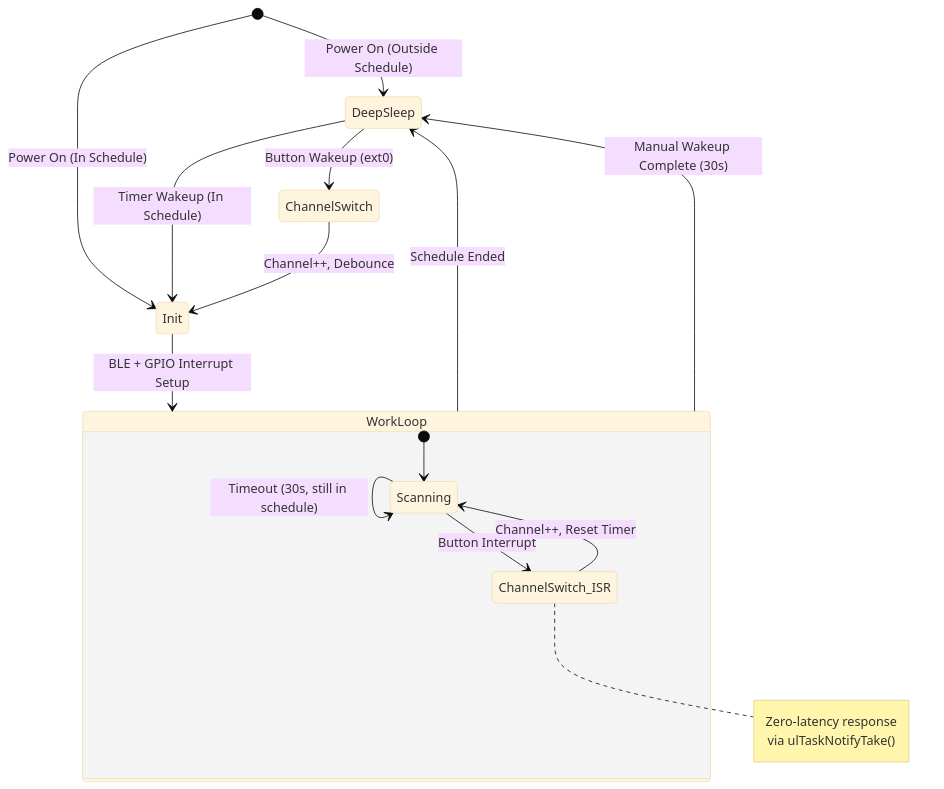
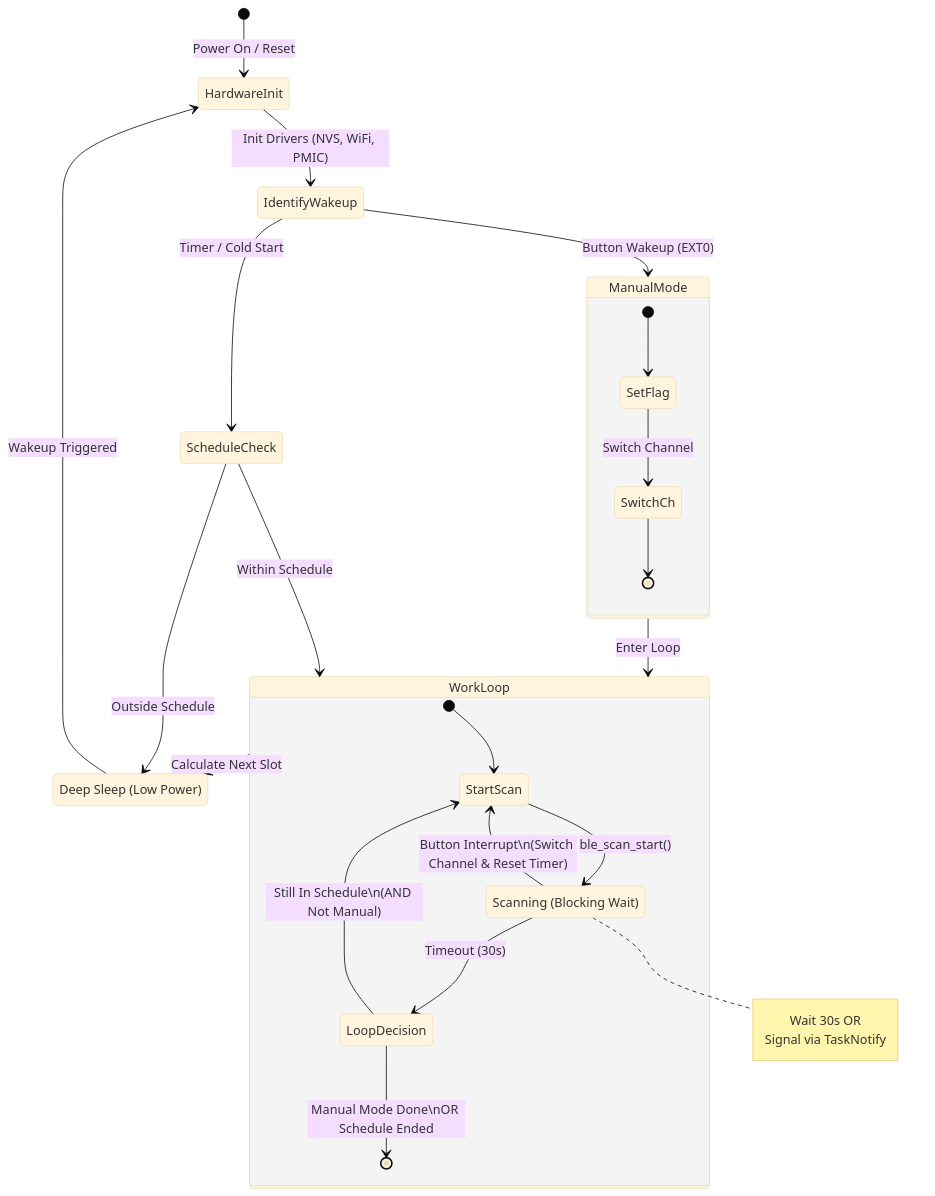
One commit to Chigz114/my-portfolio changed the second of 4 diagrams in content/blog/ESP32/1.software-architecture.md. Above: the diagram before and after it, drawn with Mermaid (base theme).

Commit message:
modify something

````diff
--- a/content/blog/ESP32/1.software-architecture.md
+++ b/content/blog/ESP32/1.software-architecture.md
@@ -48,27 +48,45 @@
 ```mermaid
 stateDiagram-v2
-    [*] --> DeepSleep: Power On (Outside Schedule)
-    [*] --> Init: Power On (In Schedule)
+    [*] --> HardwareInit: Power On / Reset
+
+    state "Deep Sleep (Low Power)" as DeepSleep
     
-    DeepSleep --> Init: Timer Wakeup (In Schedule)
-    DeepSleep --> ChannelSwitch: Button Wakeup (ext0)
+    HardwareInit --> IdentifyWakeup: Init Drivers (NVS, WiFi, PMIC)
     
-    Init --> WorkLoop: BLE + GPIO Interrupt Setup
-    
-    ChannelSwitch --> Init: Channel++, Debounce
-    
+    state IdentifyWakeup <<choice>>
+    IdentifyWakeup --> ManualMode: Button Wakeup (EXT0)
+    IdentifyWakeup --> ScheduleCheck: Timer / Cold Start
+
+    state ManualMode {
+        [*] --> SetFlag
+        SetFlag --> SwitchCh: Switch Channel
+        SwitchCh --> [*]
+    }
+    ManualMode --> WorkLoop: Enter Loop
+
+    state ScheduleCheck <<choice>>
+    ScheduleCheck --> WorkLoop: Within Schedule
+    ScheduleCheck --> DeepSleep: Outside Schedule
+
     state WorkLoop {
-        [*] --> Scanning
-        Scanning --> Scanning: Timeout (30s, still in schedule)
-        Scanning --> ChannelSwitch_ISR: Button Interrupt
-        ChannelSwitch_ISR --> Scanning: Channel++, Reset Timer
+        [*] --> StartScan
+        
+        state "Scanning (Blocking Wait)" as WaitState
+        note right of WaitState
+            Wait 30s OR 
+            Signal via TaskNotify
+        end note
+
+        StartScan --> WaitState: ble_scan_start()
+        
+        WaitState --> StartScan: Button Interrupt\n(Switch Channel & Reset Timer)
+        WaitState --> LoopDecision: Timeout (30s)
+        
+        state LoopDecision <<choice>>
+        LoopDecision --> StartScan: Still In Schedule\n(AND Not Manual)
+        LoopDecision --> [*]: Manual Mode Done\nOR Schedule Ended
     }
-    
-    WorkLoop --> DeepSleep: Schedule Ended
-    WorkLoop --> DeepSleep: Manual Wakeup Complete (30s)
-    
-    note right of ChannelSwitch_ISR
-        Zero-latency response
-        via ulTaskNotifyTake()
-    end note
+
+    WorkLoop --> DeepSleep: Calculate Next Slot
+    DeepSleep --> HardwareInit: Wakeup Triggered
 ```
````
